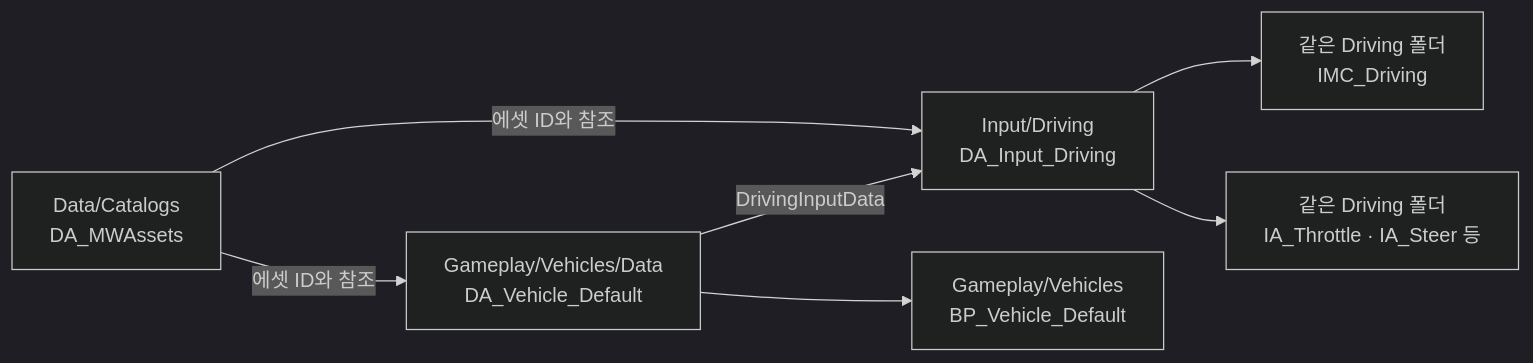
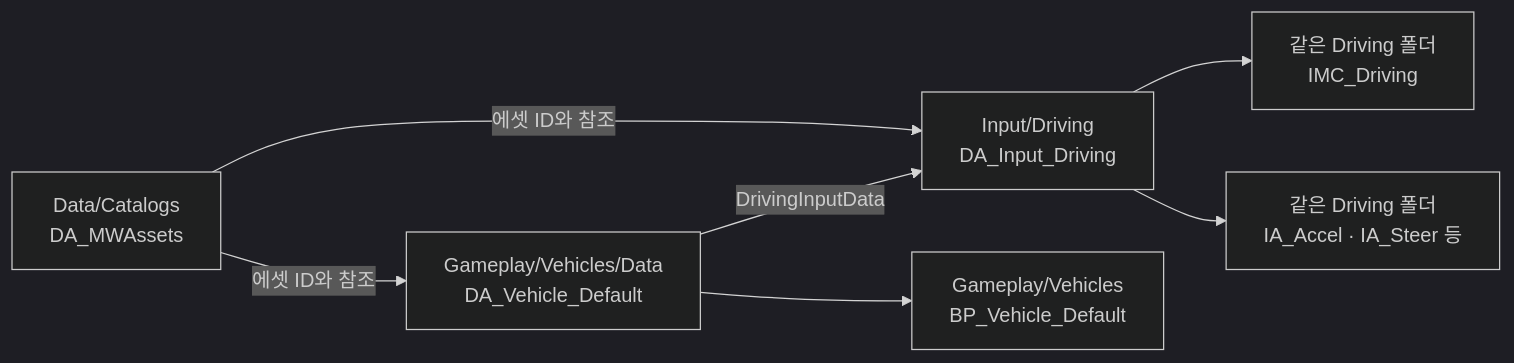
One commit to kevin6091/ProjectMW changed the second of 2 diagrams in Docs/Shared/폴더·에셋 배치 기준 및 규칙.md. Above: the diagram before and after it, drawn with Mermaid (dark theme). The commit also changed other lines of this file and 11 other files, not shown here.

````diff
--- a/Docs/Shared/폴더·에셋 배치 기준 및 규칙.md
+++ b/Docs/Shared/폴더·에셋 배치 기준 및 규칙.md
@@ -136,9 +139,9 @@
 ```mermaid
 flowchart LR
     Catalog["Data/Catalogs<br/>DA_MWAssets"] -->|에셋 ID와 참조| Input["Input/Driving<br/>DA_Input_Driving"]
     Catalog -->|에셋 ID와 참조| Def["Gameplay/Vehicles/Data<br/>DA_Vehicle_Default"]
     Def -->|DrivingInputData| Input
     Input --> Context["같은 Driving 폴더<br/>IMC_Driving"]
-    Input --> Actions["같은 Driving 폴더<br/>IA_Throttle · IA_Steer 등"]
+    Input --> Actions["같은 Driving 폴더<br/>IA_Accel · IA_Steer 등"]
     Def --> Pawn["Gameplay/Vehicles<br/>BP_Vehicle_Default"]
 ```
````
